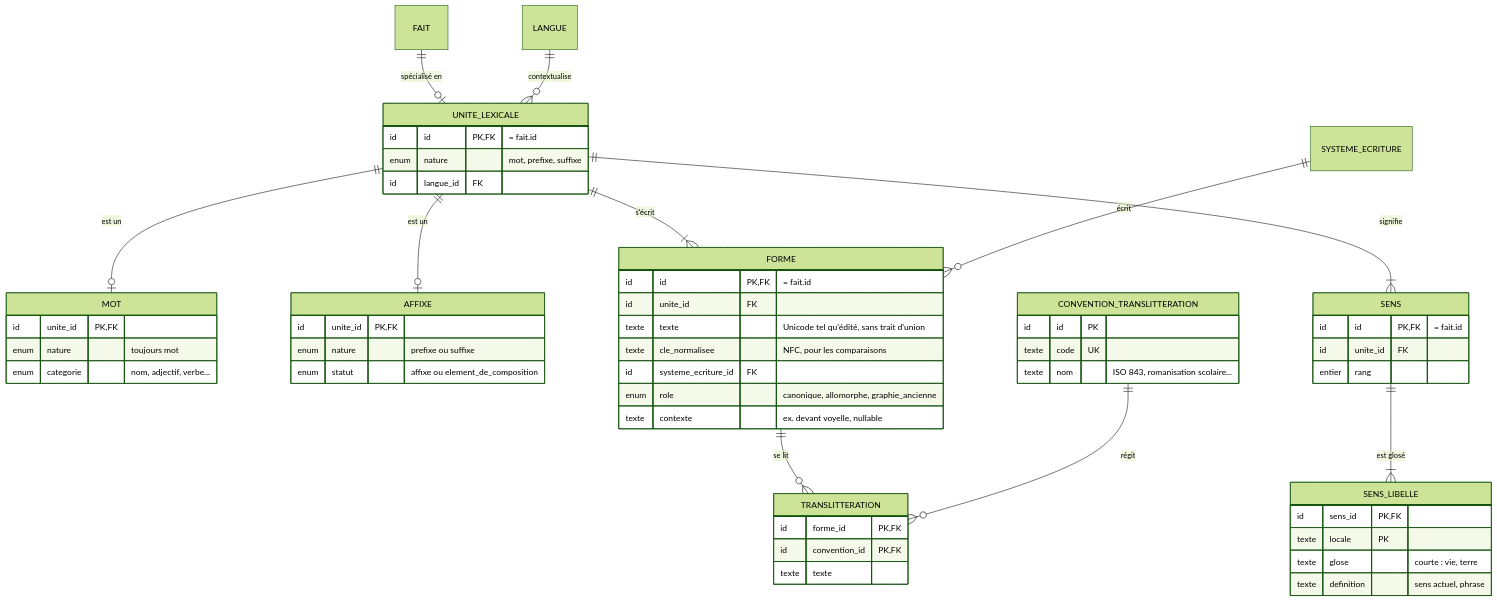
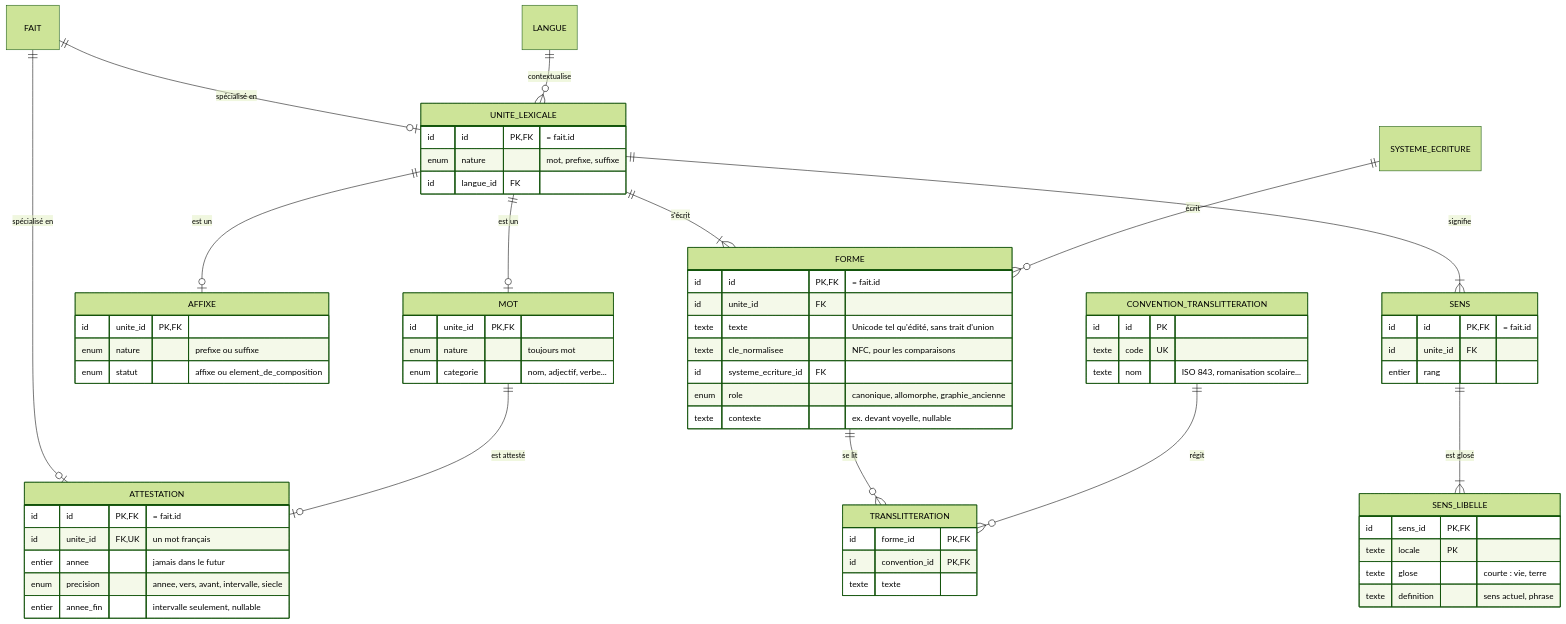
Before and after one commit to EtymoLogique/Design: the third of 8 diagrams in docs/modele-donnees.md, drawn with Mermaid (forest theme). The commit also changed other lines of this file and 6 other files, not shown here.

````diff
--- a/docs/modele-donnees.md
+++ b/docs/modele-donnees.md
@@ -89,59 +89,68 @@
 ```mermaid
 erDiagram
     FAIT ||--o| UNITE_LEXICALE : "spécialisé en"
     LANGUE ||--o{ UNITE_LEXICALE : "contextualise"
     UNITE_LEXICALE ||--o| MOT : "est un"
     UNITE_LEXICALE ||--o| AFFIXE : "est un"
     UNITE_LEXICALE ||--|{ FORME : "s'écrit"
     SYSTEME_ECRITURE ||--o{ FORME : "écrit"
     FORME ||--o{ TRANSLITTERATION : "se lit"
     CONVENTION_TRANSLITTERATION ||--o{ TRANSLITTERATION : "régit"
     UNITE_LEXICALE ||--|{ SENS : "signifie"
     SENS ||--|{ SENS_LIBELLE : "est glosé"
+    FAIT ||--o| ATTESTATION : "spécialisé en"
+    MOT ||--o| ATTESTATION : "est attesté"
 
     UNITE_LEXICALE {
         id id PK, FK "= fait.id"
         enum nature "mot, prefixe, suffixe"
         id langue_id FK
     }
     MOT {
         id unite_id PK, FK
         enum nature "toujours mot"
         enum categorie "nom, adjectif, verbe..."
     }
     AFFIXE {
         id unite_id PK, FK
         enum nature "prefixe ou suffixe"
         enum statut "affixe ou element_de_composition"
     }
     FORME {
         id id PK, FK "= fait.id"
         id unite_id FK
         texte texte "Unicode tel qu'édité, sans trait d'union"
         texte cle_normalisee "NFC, pour les comparaisons"
         id systeme_ecriture_id FK
         enum role "canonique, allomorphe, graphie_ancienne"
         texte contexte "ex. devant voyelle, nullable"
     }
     CONVENTION_TRANSLITTERATION {
         id id PK
         texte code UK
         texte nom "ISO 843, romanisation scolaire..."
     }
     TRANSLITTERATION {
         id forme_id PK, FK
         id convention_id PK, FK
         texte texte
     }
     SENS {
         id id PK, FK "= fait.id"
         id unite_id FK
         entier rang
     }
     SENS_LIBELLE {
         id sens_id PK, FK
         texte locale PK
         texte glose "courte : vie, terre"
         texte definition "sens actuel, phrase"
     }
+    ATTESTATION {
+        id id PK, FK "= fait.id"
+        id unite_id FK, UK "un mot français"
+        entier annee "jamais dans le futur"
+        enum precision "annee, vers, avant, intervalle, siecle"
+        entier annee_fin "intervalle seulement, nullable"
+    }
 ```
````
